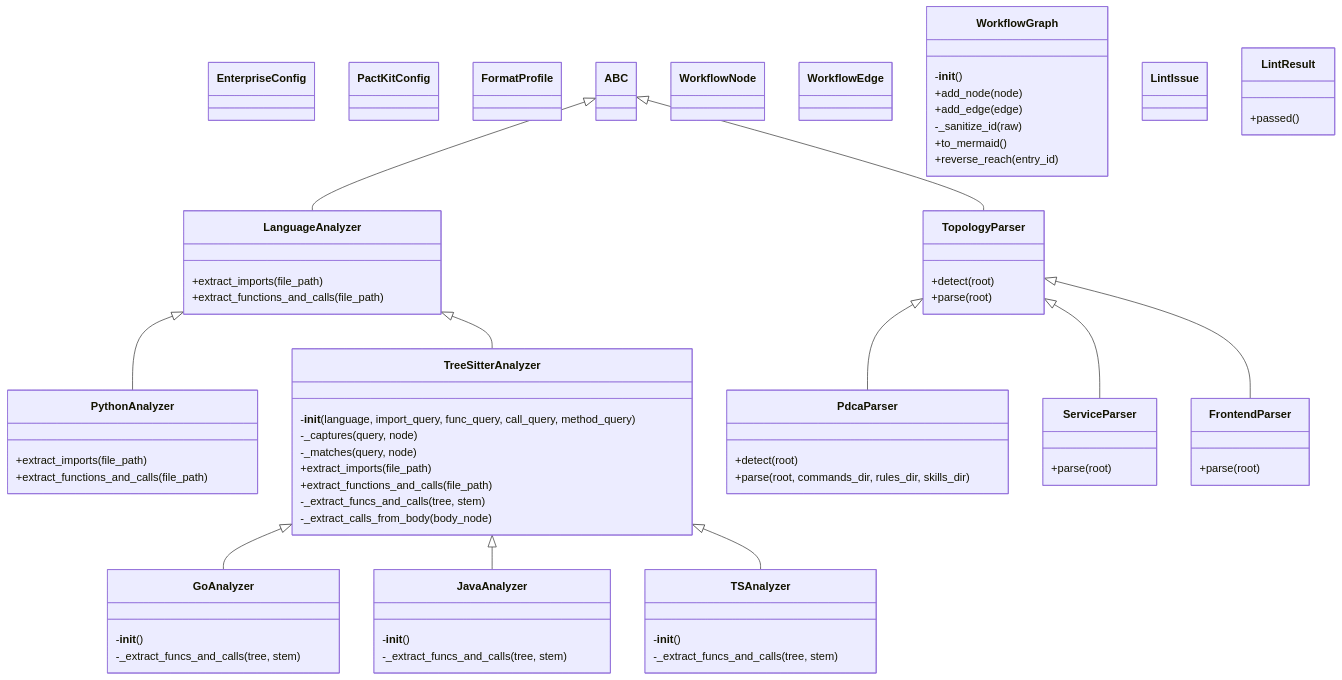
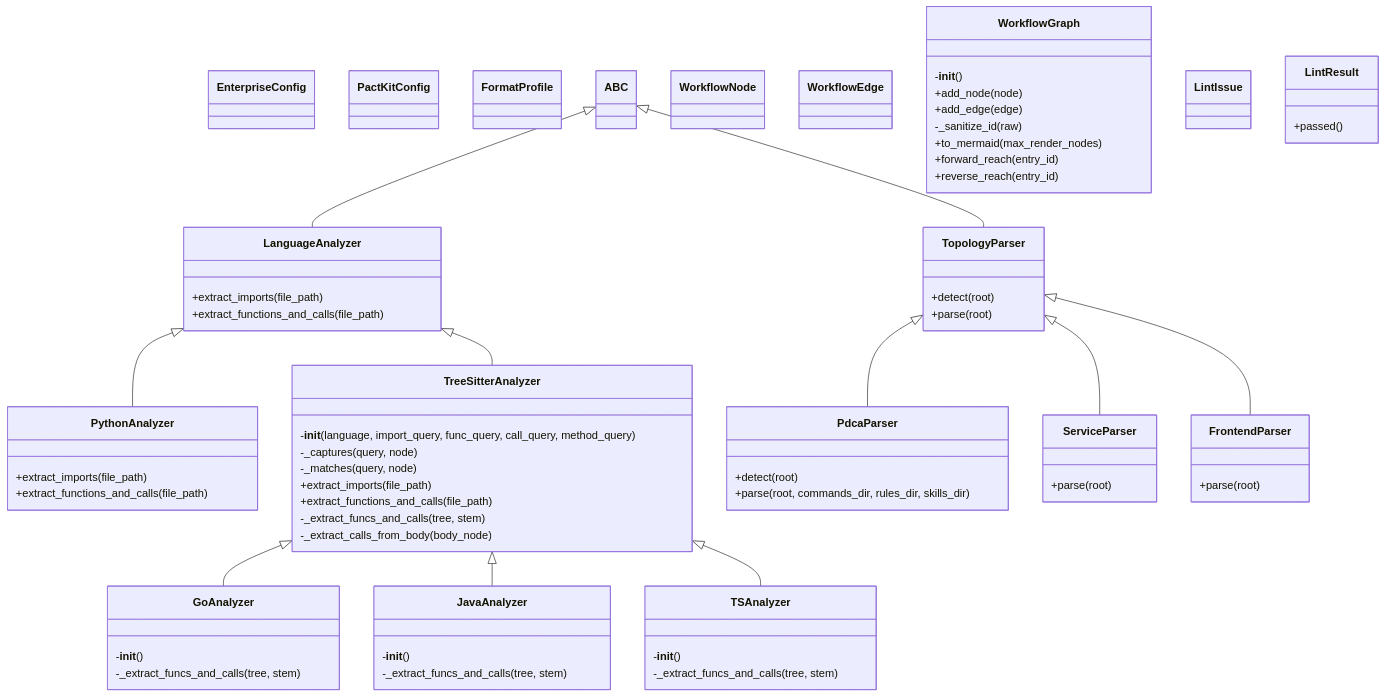
Before and after one commit to pactkit/pactkit-src: the diagram in docs/architecture/graphs/class_graph.mmd, drawn with Mermaid. The commit also changed 10 other files, not shown here.

First line of the commit message:
feat(visualize): implement STORY-slim-049 split unified graph

```diff
--- a/docs/architecture/graphs/class_graph.mmd
+++ b/docs/architecture/graphs/class_graph.mmd
@@ -1,77 +1,78 @@
 classDiagram
     class EnterpriseConfig {
     }
     class PactKitConfig {
     }
     class FormatProfile {
     }
     class LanguageAnalyzer {
         +extract_imports(file_path)
         +extract_functions_and_calls(file_path)
     }
     ABC <|-- LanguageAnalyzer
     class PythonAnalyzer {
         +extract_imports(file_path)
         +extract_functions_and_calls(file_path)
     }
     LanguageAnalyzer <|-- PythonAnalyzer
     class TreeSitterAnalyzer {
         -__init__(language, import_query, func_query, call_query, method_query)
         -_captures(query, node)
         -_matches(query, node)
         +extract_imports(file_path)
         +extract_functions_and_calls(file_path)
         -_extract_funcs_and_calls(tree, stem)
         -_extract_calls_from_body(body_node)
     }
     LanguageAnalyzer <|-- TreeSitterAnalyzer
     class GoAnalyzer {
         -__init__()
         -_extract_funcs_and_calls(tree, stem)
     }
     TreeSitterAnalyzer <|-- GoAnalyzer
     class JavaAnalyzer {
         -__init__()
         -_extract_funcs_and_calls(tree, stem)
     }
     TreeSitterAnalyzer <|-- JavaAnalyzer
     class TSAnalyzer {
         -__init__()
         -_extract_funcs_and_calls(tree, stem)
     }
     TreeSitterAnalyzer <|-- TSAnalyzer
     class WorkflowNode {
     }
     class WorkflowEdge {
     }
     class WorkflowGraph {
         -__init__()
         +add_node(node)
         +add_edge(edge)
         -_sanitize_id(raw)
-        +to_mermaid()
+        +to_mermaid(max_render_nodes)
+        +forward_reach(entry_id)
         +reverse_reach(entry_id)
     }
     class TopologyParser {
         +detect(root)
         +parse(root)
     }
     ABC <|-- TopologyParser
     class PdcaParser {
         +detect(root)
         +parse(root, commands_dir, rules_dir, skills_dir)
     }
     TopologyParser <|-- PdcaParser
     class ServiceParser {
         +parse(root)
     }
     TopologyParser <|-- ServiceParser
     class FrontendParser {
         +parse(root)
     }
     TopologyParser <|-- FrontendParser
     class LintIssue {
     }
     class LintResult {
         +passed()
     }
```
